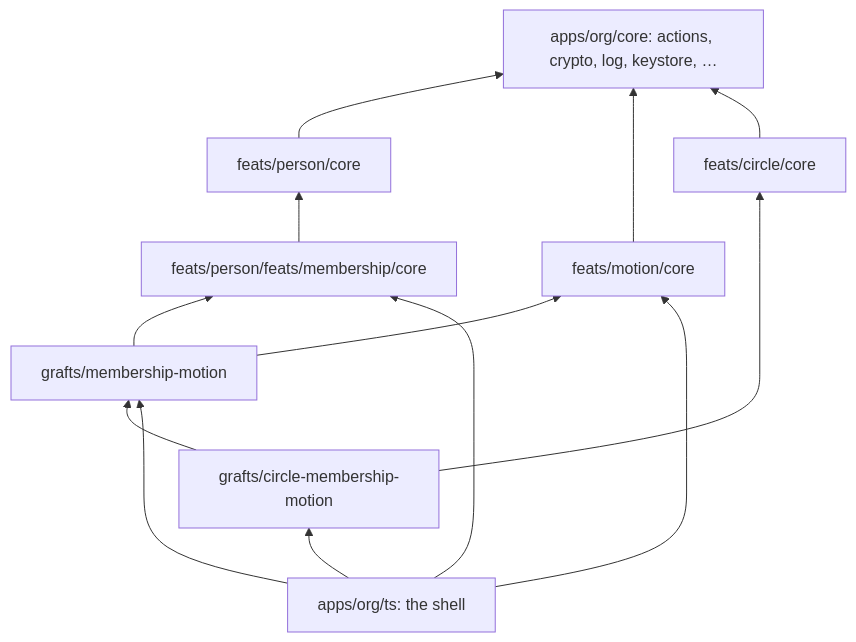
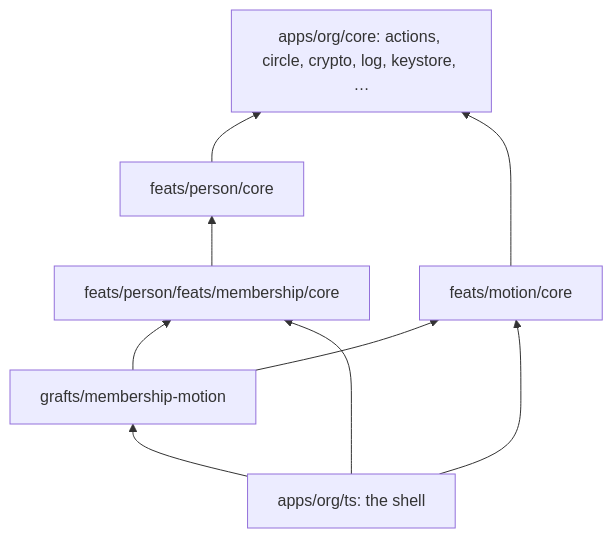
Before and after one commit to cella-coop/cella: the diagram in _corpus/doc/architecture.md, drawn with Mermaid. The commit also changed other lines of this file and 436 other files, not shown here.

````diff
--- a/_corpus/doc/architecture.md
+++ b/_corpus/doc/architecture.md
@@ -17,23 +17,17 @@
 ```mermaid
 flowchart BT
-  core["apps/org/core: actions, crypto, log, keystore, …"]
+  core["apps/org/core: actions, circle, crypto, log, keystore, …"]
   person["feats/person/core"]
   membership["feats/person/feats/membership/core"]
   motion["feats/motion/core"]
-  circle["feats/circle/core"]
   graft["grafts/membership-motion"]
-  three["grafts/circle-membership-motion"]
   root["apps/org/ts: the shell"]
   person --> core
   membership --> person
   motion --> core
-  circle --> core
   graft --> membership
   graft --> motion
-  three --> graft
-  three --> circle
-  root --> three
   root --> graft
   root --> membership
   root --> motion
 ```
````
